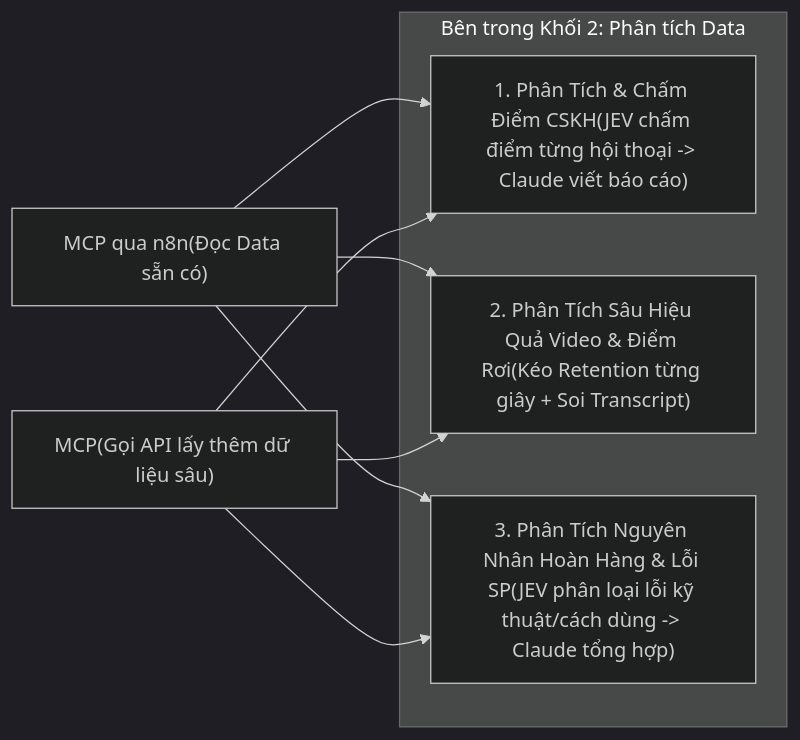
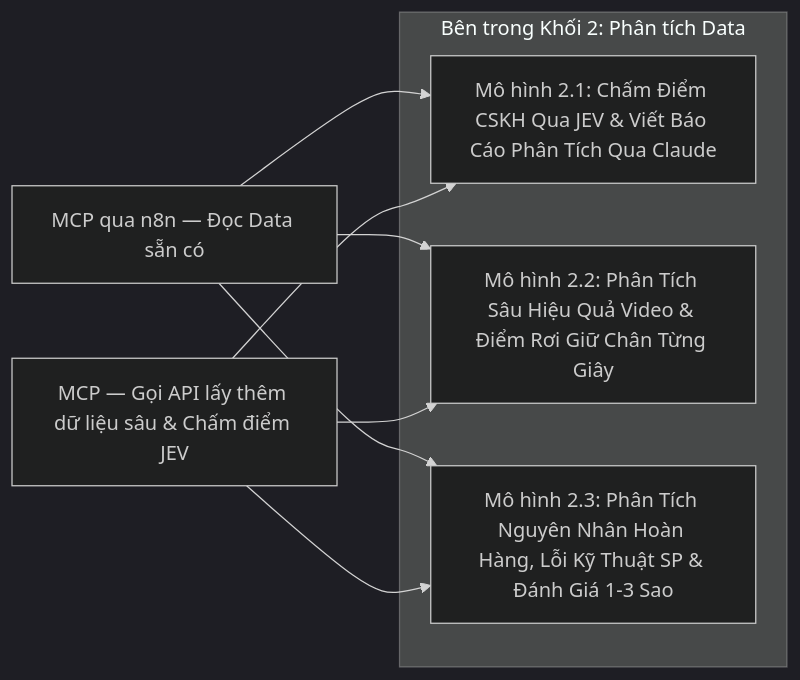
The fifth of 17 diagrams in SYSTEM_ARCHITECTURE.md (hattorimkk/api-docs), drawn with Mermaid (dark theme) before and after one commit. The commit also changed other lines of this file, not shown here.

````diff
--- a/SYSTEM_ARCHITECTURE.md
+++ b/SYSTEM_ARCHITECTURE.md
@@ -356,20 +486,20 @@
 ```mermaid
 flowchart LR
-    MCP_DATA["MCP qua n8n(Đọc Data sẵn có)"]
-    MCP_API["MCP(Gọi API lấy thêm dữ liệu sâu)"]
+    MCP_DATA["MCP qua n8n — Đọc Data sẵn có"]
+    MCP_API["MCP — Gọi API lấy thêm dữ liệu sâu & Chấm điểm JEV"]
 
     subgraph BOX2_DETAIL["Bên trong Khối 2: Phân tích Data"]
-        A_CSKH["1. Phân Tích & Chấm Điểm CSKH(JEV chấm điểm từng hội thoại -> Claude viết báo cáo)"]
-        A_VID["2. Phân Tích Sâu Hiệu Quả Video & Điểm Rơi(Kéo Retention từng giây + Soi Transcript)"]
-        A_RET["3. Phân Tích Nguyên Nhân Hoàn Hàng & Lỗi SP(JEV phân loại lỗi kỹ thuật/cách dùng -> Claude tổng hợp)"]
+        A_CSKH["Mô hình 2.1: Chấm Điểm CSKH Qua JEV & Viết Báo Cáo Phân Tích Qua Claude"]
+        A_VID["Mô hình 2.2: Phân Tích Sâu Hiệu Quả Video & Điểm Rơi Giữ Chân Từng Giây"]
+        A_RET["Mô hình 2.3: Phân Tích Nguyên Nhân Hoàn Hàng, Lỗi Kỹ Thuật SP & Đánh Giá 1-3 Sao"]
     end
 
     MCP_DATA --> A_CSKH
     MCP_API --> A_CSKH
 
     MCP_DATA --> A_VID
     MCP_API --> A_VID
 
     MCP_DATA --> A_RET
     MCP_API --> A_RET
 ```
````
